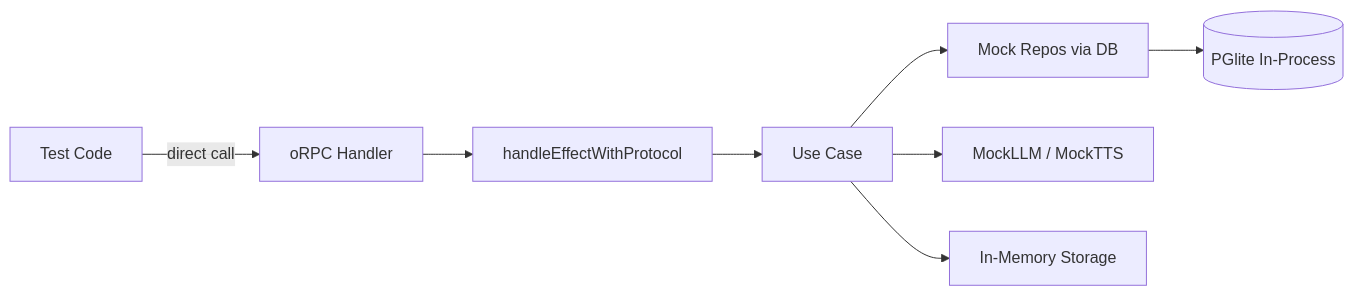
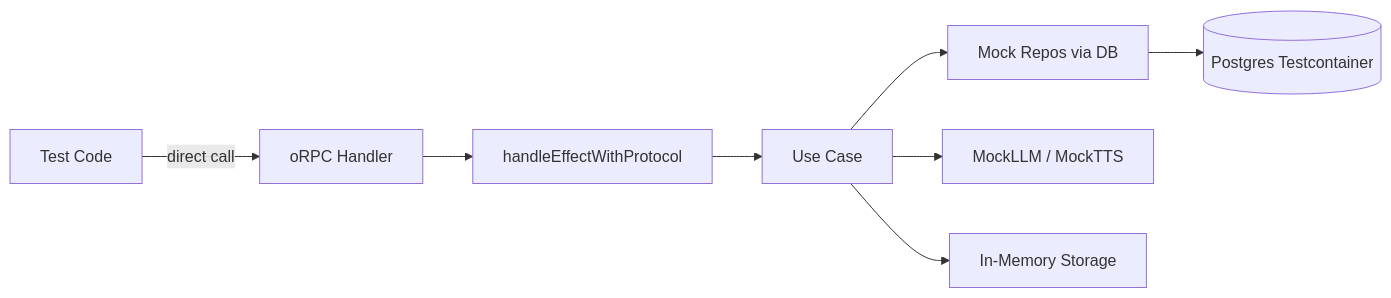
The diagram in docs/testing/integration-tests.md (brandonbryant12/content-studio), drawn with Mermaid before and after one commit. The commit also changed other lines of this file and 25 other files, not shown here.

````diff
--- a/docs/testing/integration-tests.md
+++ b/docs/testing/integration-tests.md
@@ -3,10 +3,10 @@
 ```mermaid
 graph LR
   Test[Test Code] -->|direct call| Handler[oRPC Handler]
   Handler --> EH[handleEffectWithProtocol]
   EH --> UC[Use Case]
   UC --> MockRepo[Mock Repos via DB]
   UC --> MockAI[MockLLM / MockTTS]
   UC --> MockStorage[In-Memory Storage]
-  MockRepo --> TestDB[(PGlite In-Process)]
+  MockRepo --> TestDB[(Postgres Testcontainer)]
 ```
````
